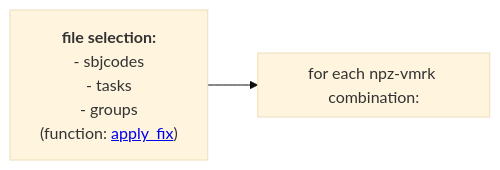
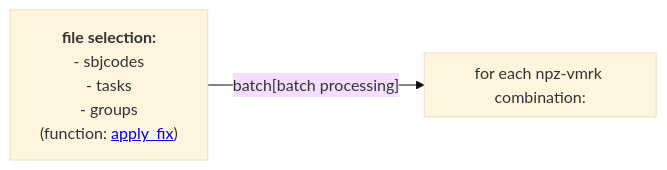
Before and after one commit to neuro-dream/Trigger-Fix: the diagram in README.md, drawn with Mermaid (base theme).

````diff
--- a/README.md
+++ b/README.md
@@ -6,13 +6,13 @@
 ```mermaid
 graph LR;
     A["<b>file selection:</b><br> - sbjcodes<br> - tasks<br> - groups<br> (function: <a href='https://github.com/neurodream/Trigger-Fix/blob/main/trigfix/trigger_compare_functions.py#L92'>apply_fix</a>)"]
 
 subgraph for_each_file_comb["for each npz-vmrk combination:"]
     direction TB
 end
 
-    A-->for_each_file_comb;
+    A--batch[batch processing]-->for_each_file_comb;
     %% A-->C;
     %% B-->D;
     %% C-->D;
 ```
````
